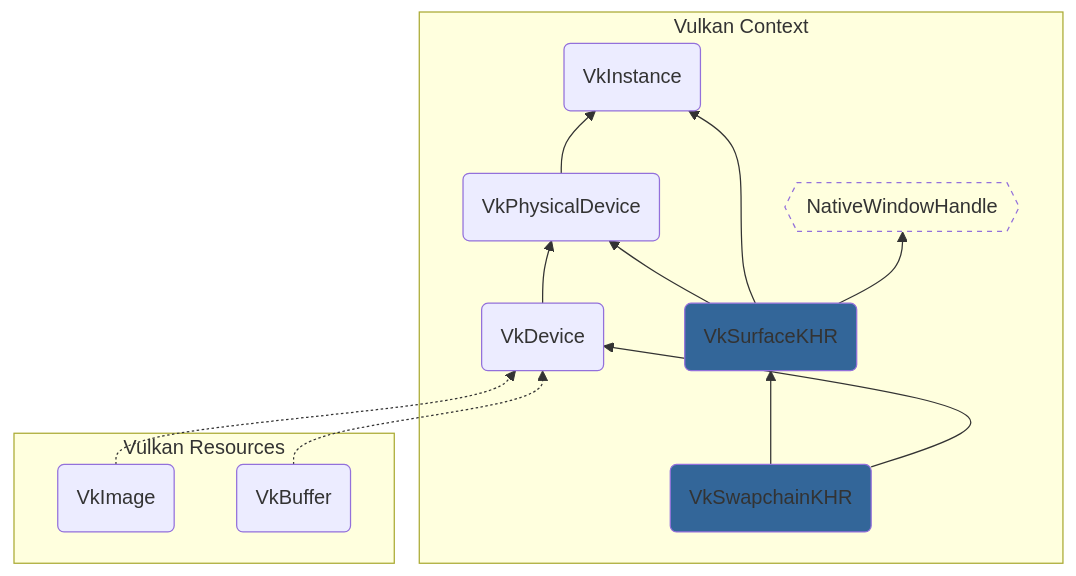
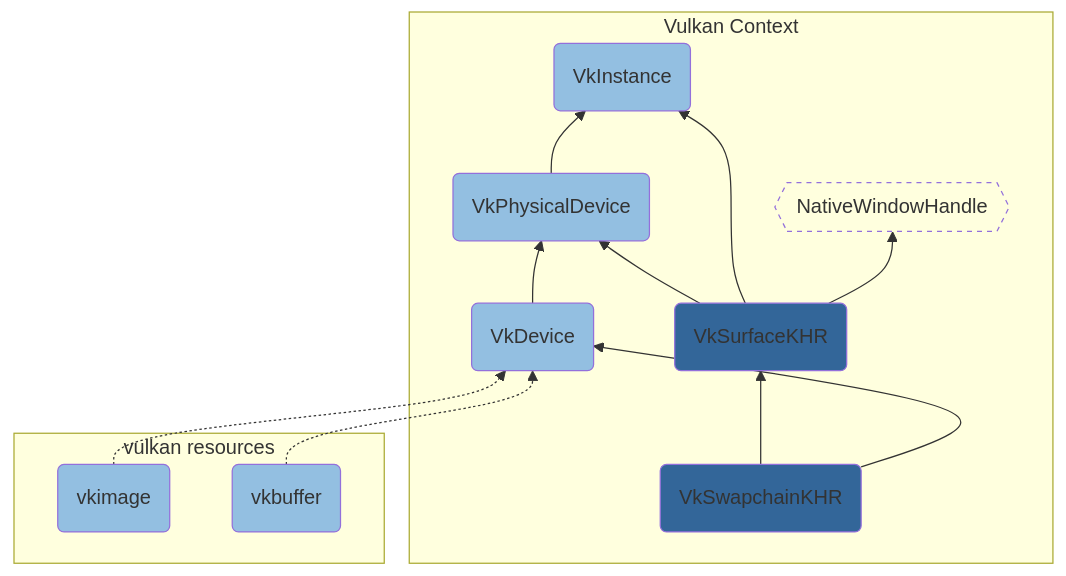
Before and after one commit to yslib/mynotes: the first of 3 diagrams in graphics/vulkan/Overview.md, drawn with Mermaid. The commit also changed other lines of this file and 1 other file, not shown here.

````diff
--- a/graphics/vulkan/Overview.md
+++ b/graphics/vulkan/Overview.md
@@ -4,21 +4,22 @@
 ```mermaid
 graph BT
 linkStyle default interpolate basis
 subgraph Vulkan Context
-A(VkDevice) --> B(VkPhysicalDevice)
-B --> C(VkInstance)
+A(VkDevice):::vkobj --> B(VkPhysicalDevice):::vkobj
+B --> C(VkInstance):::vkobj
 D(VkSurfaceKHR):::khr-->B
 D-->C
 D-->W{{NativeWindowHandle}}
 S(VkSwapchainKHR):::khr-->D
 S-->A
 end
 
-subgraph Vulkan Resources 
-i(VkImage)-.->A
-b(VkBuffer)-.->A
+subgraph vulkan resources 
+i(vkimage):::vkobj-.->A
+b(vkbuffer):::vkobj-.->A
 end
 
 classDef khr fill:#369f;
+classDef vkobj fill:#93bfe1
 style W fill:#fff0,stroke-dasharray:4
 ```
````
